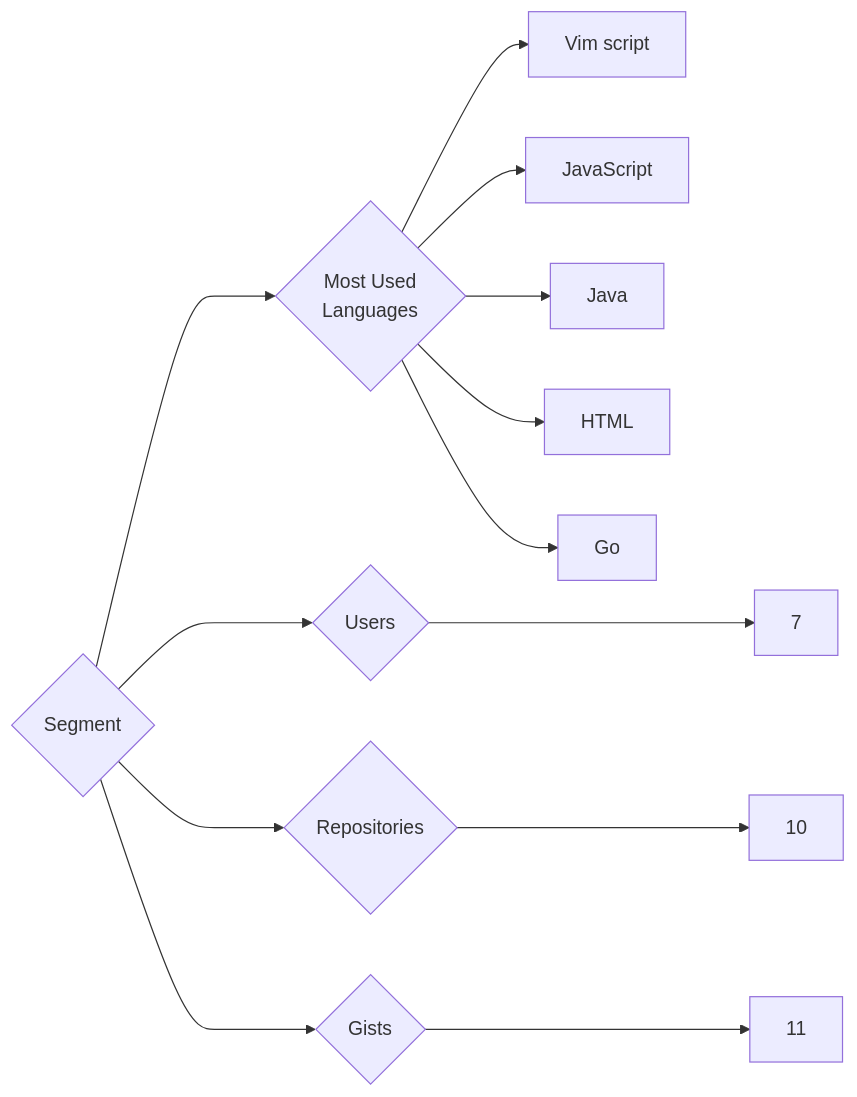
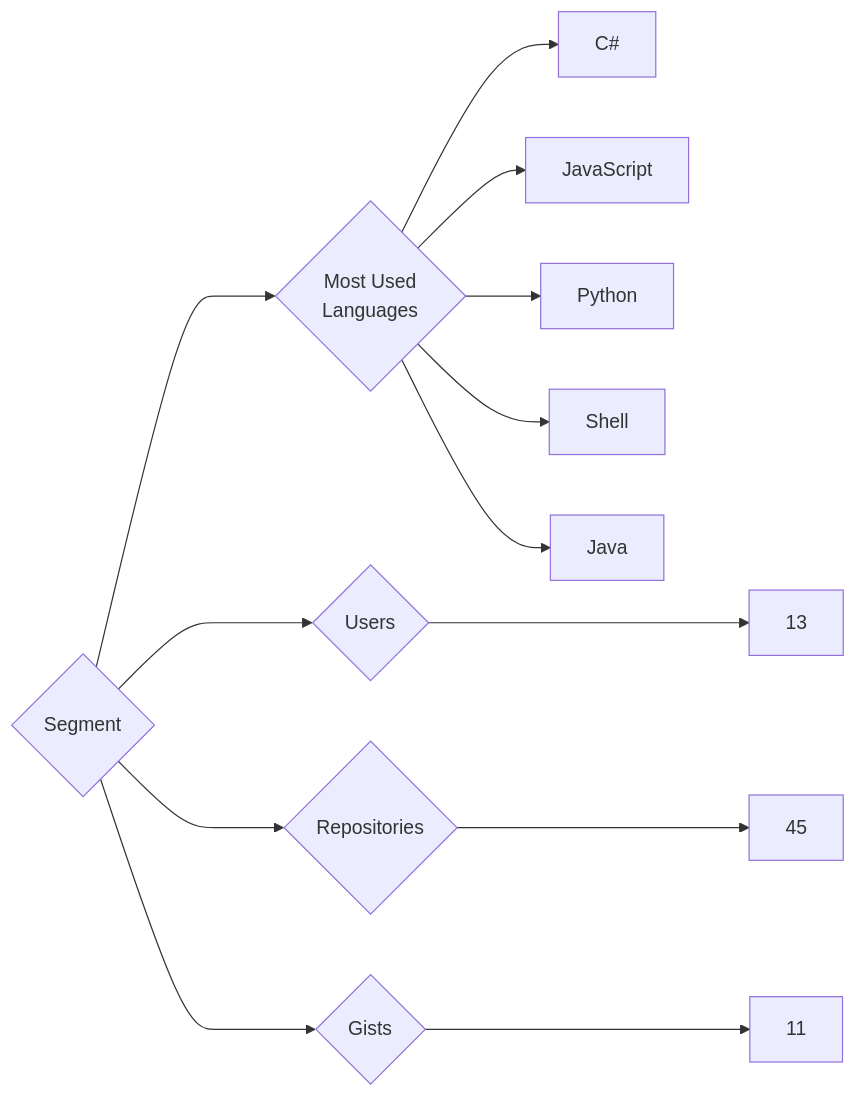
One commit to trickest/insiders changed the diagram in targets/Segment/README.md. Above: the diagram before and after it, drawn with Mermaid. The commit also changed 1011 other files, not shown here.

````diff
--- a/targets/Segment/README.md
+++ b/targets/Segment/README.md
@@ -3,13 +3,13 @@
 ```mermaid
 graph LR
 COMPANY_NAME{Segment}
-COMPANY_NAME ---> U{Users} ---> UN[7]
-COMPANY_NAME ---> R{Repositories} ---> RN[10]
+COMPANY_NAME ---> U{Users} ---> UN[13]
+COMPANY_NAME ---> R{Repositories} ---> RN[45]
 COMPANY_NAME ---> G{Gists} ---> GN[11]
 COMPANY_NAME ---> ML{Most Used<br>Languages}
-ML --> Vim_script[Vim script]
+ML --> C#[C#]
 ML --> JavaScript[JavaScript]
+ML --> Python[Python]
+ML --> Shell[Shell]
 ML --> Java[Java]
-ML --> HTML[HTML]
-ML --> Go[Go]
 ```
````
